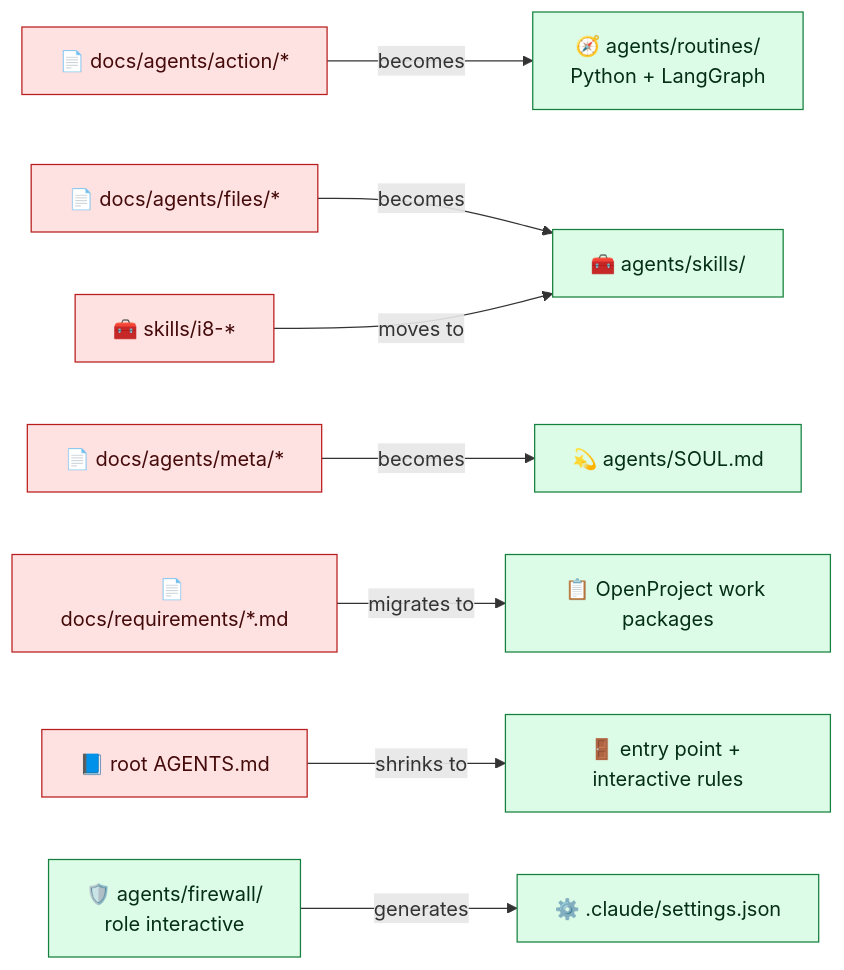
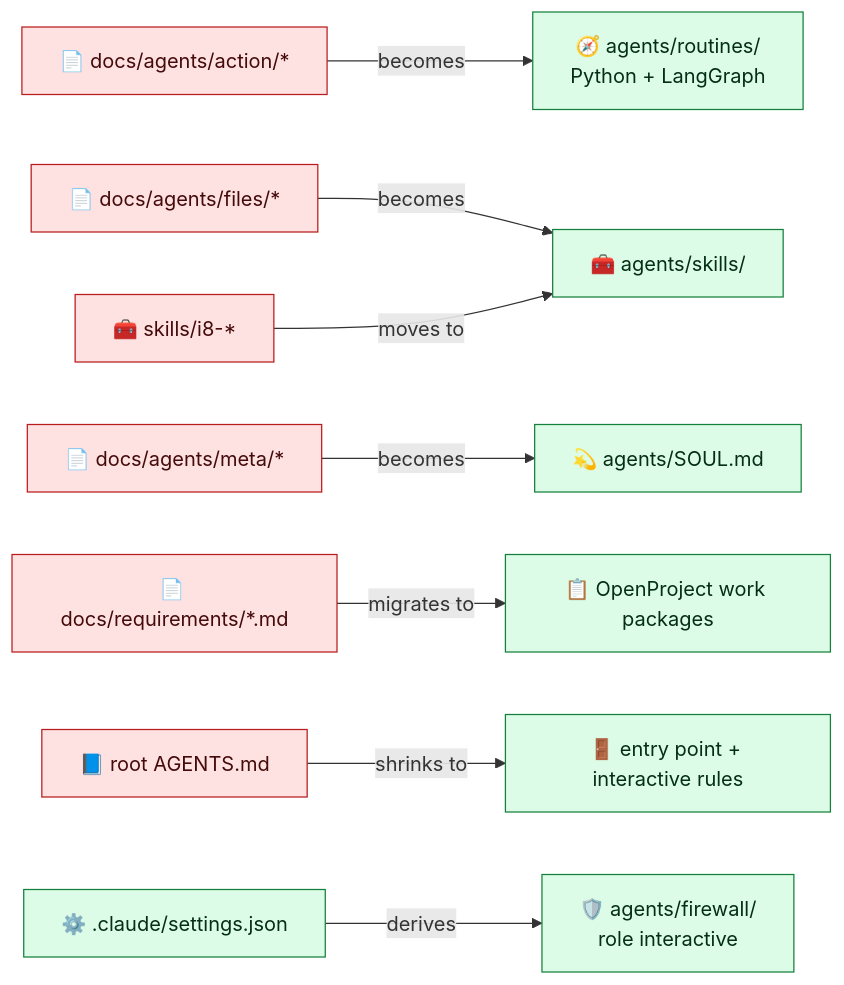
The third of 24 diagrams in docs/requirements/089-agents-restructuring.md (infinito-nexus/core), drawn with Mermaid before and after one commit.

Commit message:
docs(requirements): 089 diagram derives the interactive role from .claude/settings.json
The restructuring diagram of 089 still showed the interactive firewall
role generating .claude/settings.json. After the operator pick of
2026-11-12 ~18:55, .claude/settings.json stays the permission SPOT and
the compiler derives the interactive role from it (3b95f452ce). Only
that one Mermaid edge is reversed and relabelled; the node ids and their
classes stay as they were.

Checks: markdownlint 0 errors; test_requirements_completeness and
test_superseded_pointers OK. test_no_stale_requirement_refs and
test_no_req_references_in_code fail on the base only, on files outside
docs/requirements/089-agents-restructuring.md.

🎯 Fix: 95 %
💥 Break: 1 %
💸 Cost: –
⏱️ Time: –
🛡️ Security: ~100 %
🏆 Score: 94
🚦 Gate: ✅ 90/5, cost and time <= 100, security 100 %

````diff
--- a/docs/requirements/089-agents-restructuring.md
+++ b/docs/requirements/089-agents-restructuring.md
@@ -228,14 +228,14 @@
 ```mermaid
 flowchart LR
   A["📄 docs/agents/action/*"] -->|"becomes"| RT["🧭 agents/routines/<br/>Python + LangGraph"]
   F["📄 docs/agents/files/*"] -->|"becomes"| SK["🧰 agents/skills/"]
   K["🧰 skills/i8-*"] -->|"moves to"| SK
   M["📄 docs/agents/meta/*"] -->|"becomes"| SO["💫 agents/SOUL.md"]
   REQ["📄 docs/requirements/*.md"] -->|"migrates to"| OP["📋 OpenProject work packages"]
   RA["📘 root AGENTS.md"] -->|"shrinks to"| RA2["🚪 entry point + interactive rules"]
-  FW["🛡️ agents/firewall/<br/>role interactive"] -->|"generates"| ST["⚙️ .claude/settings.json"]
+  ST["⚙️ .claude/settings.json"] -->|"derives"| FW["🛡️ agents/firewall/<br/>role interactive"]
   classDef old fill:#fee2e2,stroke:#b91c1c,color:#450a0a
   classDef new fill:#dcfce7,stroke:#15803d,color:#052e16
   class A,F,K,M,REQ,RA old
   class RT,SK,SO,OP,RA2,FW,ST new
 ```
````
